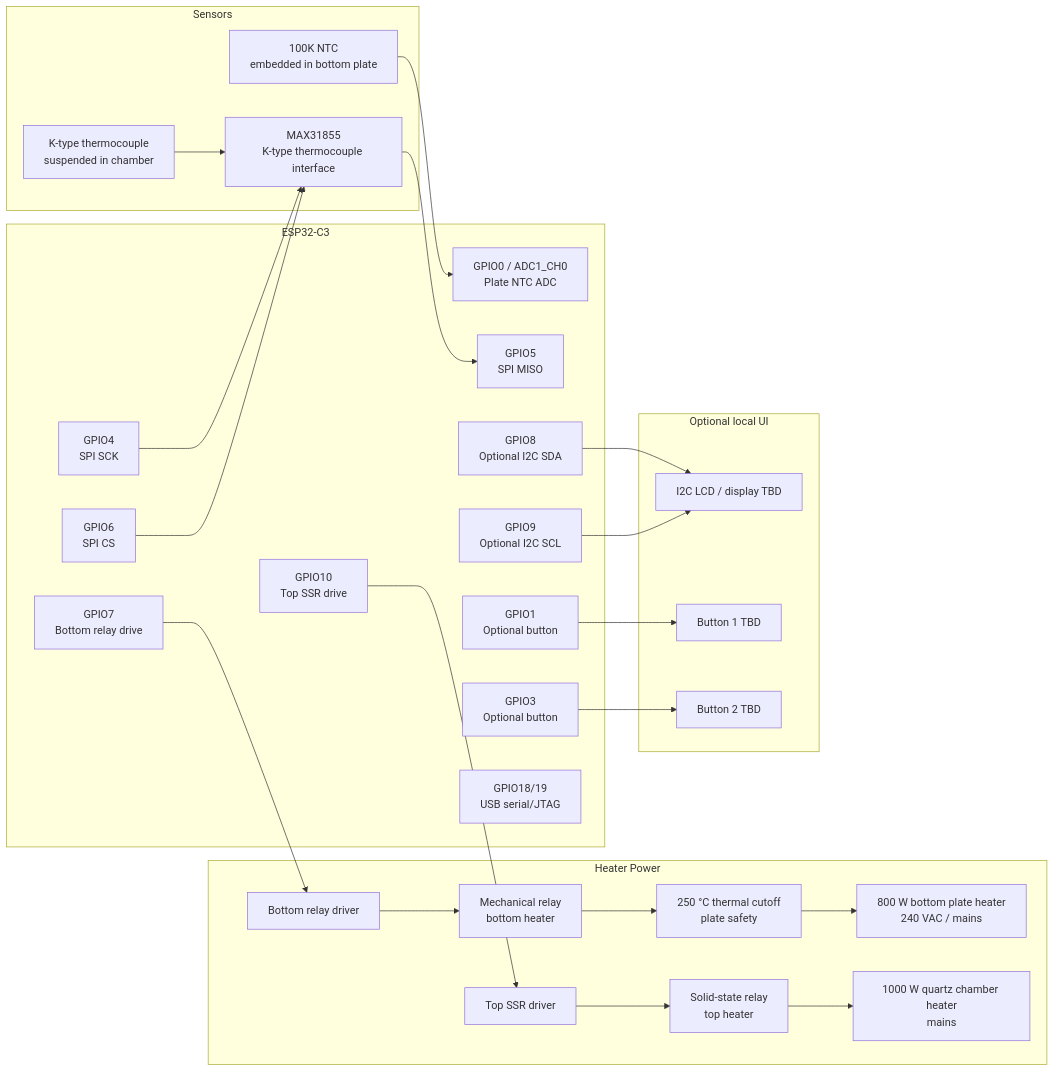
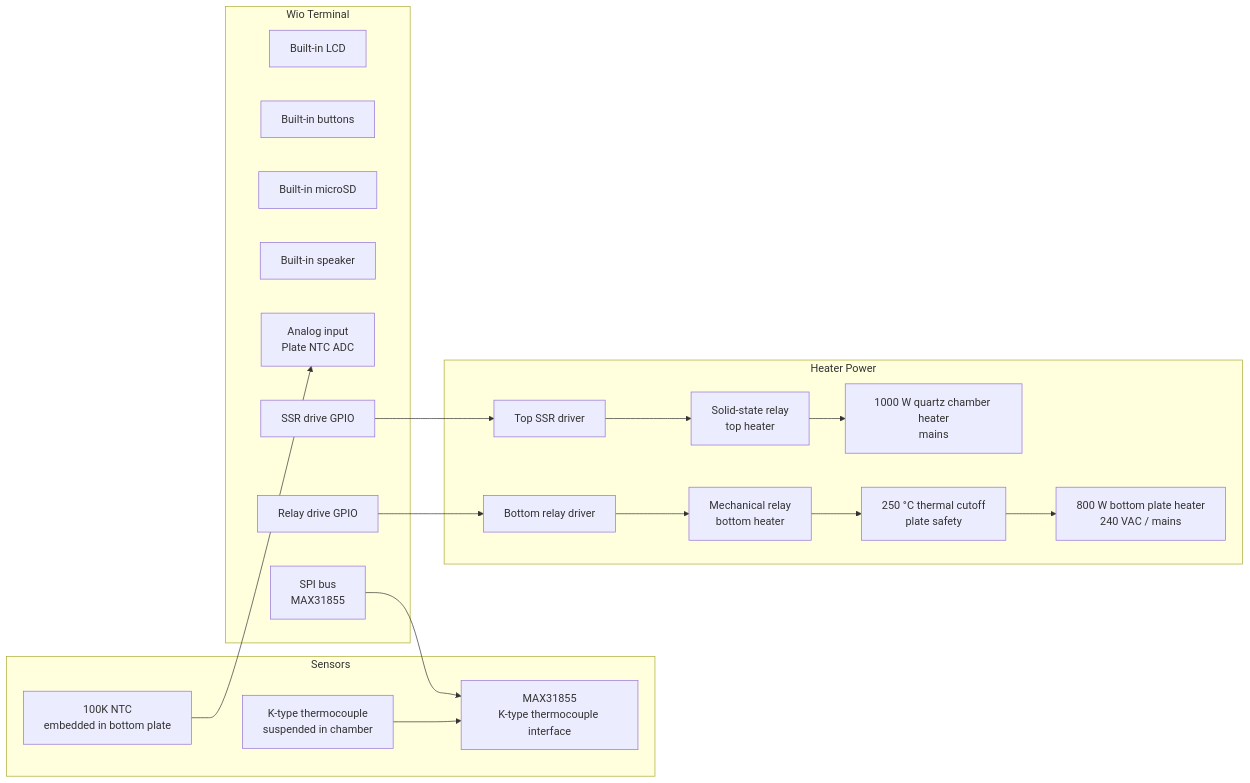
One commit to dodomarg/Pita-flow changed the diagram in docs/hardware.md. Above: the diagram before and after it, drawn with Mermaid. The commit also changed other lines of this file and 10 other files, not shown here.

````diff
--- a/docs/hardware.md
+++ b/docs/hardware.md
@@ -85,52 +123,36 @@
 ```mermaid
 flowchart LR
-    subgraph MCU[ESP32-C3]
-        GPIO0[GPIO0 / ADC1_CH0\nPlate NTC ADC]
-        GPIO4[GPIO4\nSPI SCK]
-        GPIO5[GPIO5\nSPI MISO]
-        GPIO6[GPIO6\nSPI CS]
-        GPIO7[GPIO7\nBottom relay drive]
-        GPIO10[GPIO10\nTop SSR drive]
-        GPIO8[GPIO8\nOptional I2C SDA]
-        GPIO9[GPIO9\nOptional I2C SCL]
-        GPIO1[GPIO1\nOptional button]
-        GPIO3[GPIO3\nOptional button]
-        USB[GPIO18/19\nUSB serial/JTAG]
+    subgraph MCU[Wio Terminal]
+        LCD[Built-in LCD]
+        BTN[Built-in buttons]
+        SD[Built-in microSD]
+        SPK[Built-in speaker]
+        ADC[Analog input\nPlate NTC ADC]
+        SPI[SPI bus\nMAX31855]
+        BRGPIO[Relay drive GPIO]
+        SSRGPIO[SSR drive GPIO]
     end
 
     subgraph Sensors[Sensors]
         NTC[100K NTC\nembedded in bottom plate]
         MAX[MAX31855\nK-type thermocouple interface]
         TC[K-type thermocouple\nsuspended in chamber]
     end
 
     subgraph Power[Heater Power]
         BRD[Bottom relay driver]
         TRD[Top SSR driver]
         BR[Mechanical relay\nbottom heater]
         TR[Solid-state relay\ntop heater]
         BH[800 W bottom plate heater\n240 VAC / mains]
         TH[1000 W quartz chamber heater\nmains]
         CUTOFF[250 °C thermal cutoff\nplate safety]
     end
 
-    subgraph OptionalUI[Optional local UI]
-        LCD[I2C LCD / display TBD]
-        B1[Button 1 TBD]
-        B2[Button 2 TBD]
-    end
-
-    NTC --> GPIO0
-    GPIO4 --> MAX
-    MAX --> GPIO5
-    GPIO6 --> MAX
+    NTC --> ADC
+    SPI --> MAX
     TC --> MAX
 
-    GPIO7 --> BRD --> BR --> CUTOFF --> BH
-    GPIO10 --> TRD --> TR --> TH
-
-    GPIO8 --> LCD
-    GPIO9 --> LCD
-    GPIO1 --> B1
-    GPIO3 --> B2
+    BRGPIO --> BRD --> BR --> CUTOFF --> BH
+    SSRGPIO --> TRD --> TR --> TH
 ```
````
